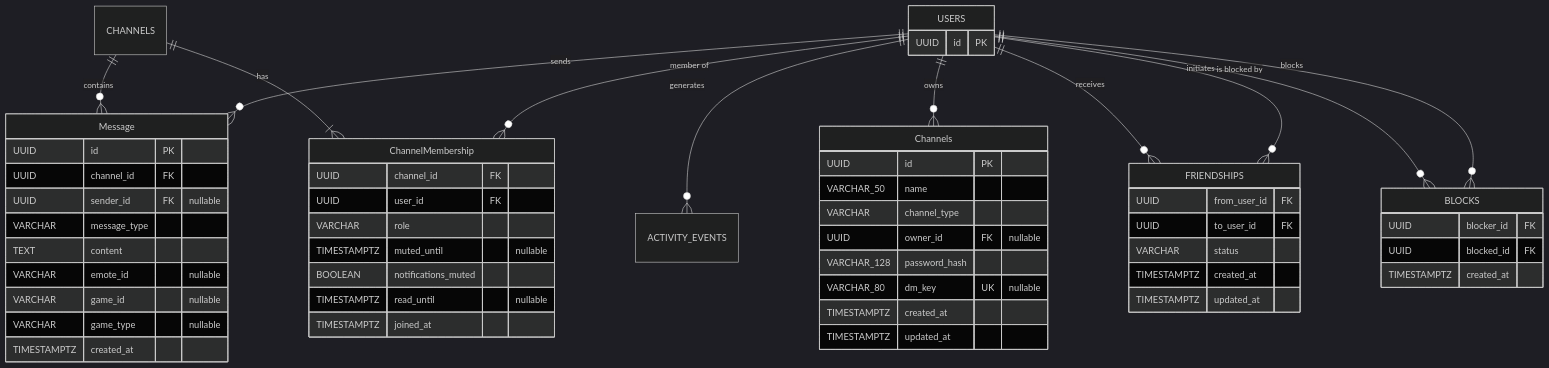
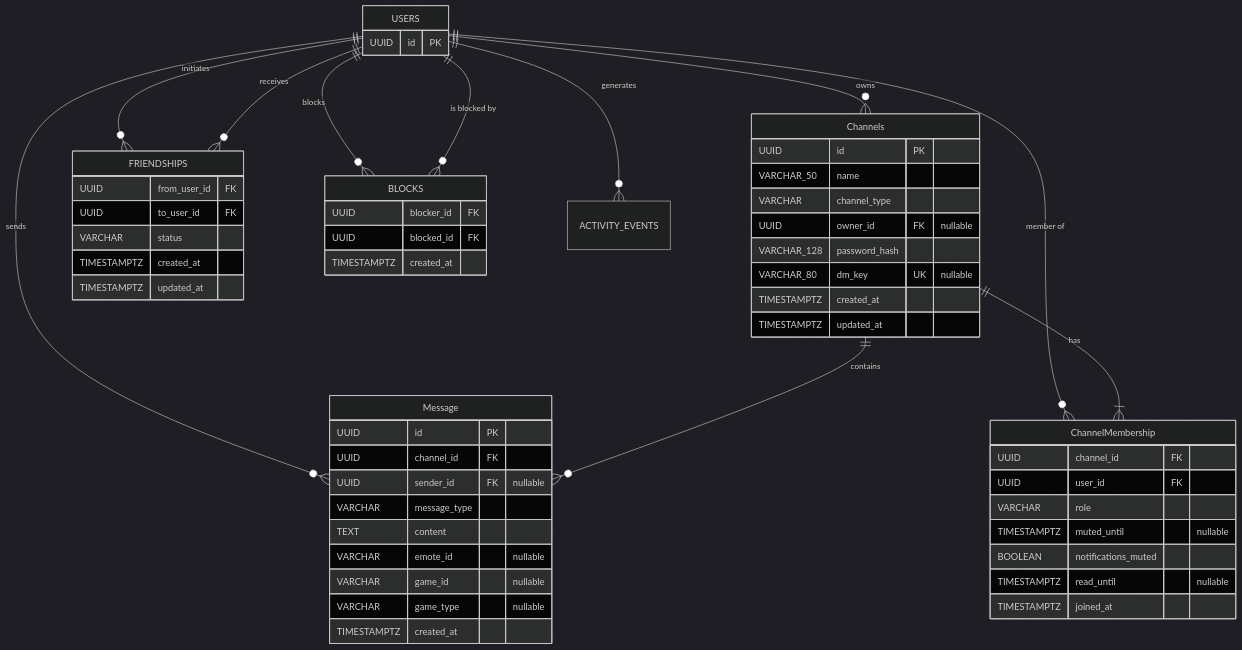
One commit to hasan-kheireddin/4i2e-Arena changed the fourth of 4 diagrams in README.md. Above: the diagram before and after it, drawn with Mermaid (dark theme). The commit also changed other lines of this file, not shown here.

````diff
--- a/README.md
+++ b/README.md
@@ -285,65 +285,65 @@
 ```mermaid
 erDiagram
 
     USERS {
         UUID id PK
     }
 
     Channels {
         UUID id PK
         VARCHAR_50 name
         VARCHAR channel_type
         UUID owner_id FK "nullable"
         VARCHAR_128 password_hash
         VARCHAR_80 dm_key UK "nullable"
         TIMESTAMPTZ created_at
         TIMESTAMPTZ updated_at
     }
 
     ChannelMembership {
         UUID channel_id FK
         UUID user_id FK
         VARCHAR role
         TIMESTAMPTZ muted_until "nullable"
         BOOLEAN notifications_muted
         TIMESTAMPTZ read_until "nullable"
         TIMESTAMPTZ joined_at
     }
 
     Message {
         UUID id PK
         UUID channel_id FK
         UUID sender_id FK "nullable"
         VARCHAR message_type
         TEXT content
         VARCHAR emote_id "nullable"
         VARCHAR game_id "nullable"
         VARCHAR game_type "nullable"
         TIMESTAMPTZ created_at
     }
 
     FRIENDSHIPS {
         UUID from_user_id FK
         UUID to_user_id FK
         VARCHAR status
         TIMESTAMPTZ created_at
         TIMESTAMPTZ updated_at
     }
 
     BLOCKS {
         UUID blocker_id FK
         UUID blocked_id FK
         TIMESTAMPTZ created_at
     }
 
     USERS ||--o{ Message : "sends"
     USERS ||--o{ ACTIVITY_EVENTS : "generates"
     USERS ||--o{ Channels : "owns"
     USERS ||--o{ ChannelMembership : "member of"
     USERS ||--o{ FRIENDSHIPS : "initiates"
     USERS ||--o{ FRIENDSHIPS : "receives"
     USERS ||--o{ BLOCKS : "blocks"
     USERS ||--o{ BLOCKS : "is blocked by"
-    CHANNELS ||--|{ ChannelMembership : "has"
-    CHANNELS ||--o{ Message : "contains"
+    Channels ||--|{ ChannelMembership : "has"
+    Channels ||--o{ Message : "contains"
 ```
````
